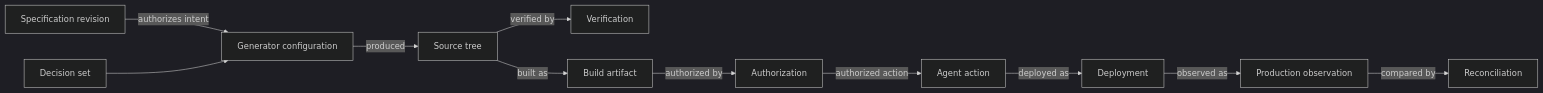
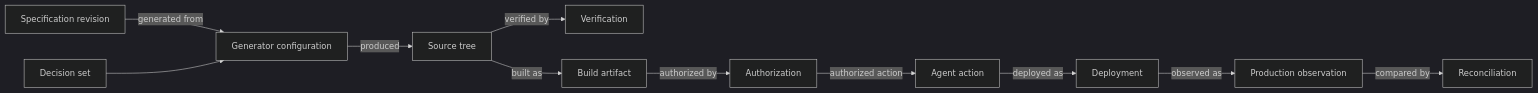
Before and after one commit to ProdKit-dev/prodkit-control: the third of 3 diagrams in README.md, drawn with Mermaid (dark theme). The commit also changed other lines of this file and 186 other files, not shown here.

````diff
--- a/README.md
+++ b/README.md
@@ -146,13 +218,13 @@
 ```mermaid
 flowchart LR
-    Spec[Specification revision] -->|authorizes intent| Gen[Generator configuration]
+    Spec[Specification revision] -->|generated from| Gen[Generator configuration]
     Decision[Decision set] --> Gen
     Gen -->|produced| Source[Source tree]
     Source -->|verified by| Verification[Verification]
     Source -->|built as| Artifact[Build artifact]
     Artifact -->|authorized by| Authorization[Authorization]
     Authorization -->|authorized action| Action[Agent action]
     Action -->|deployed as| Deployment[Deployment]
     Deployment -->|observed as| Observation[Production observation]
     Observation -->|compared by| Reconciliation[Reconciliation]
 ```
````
